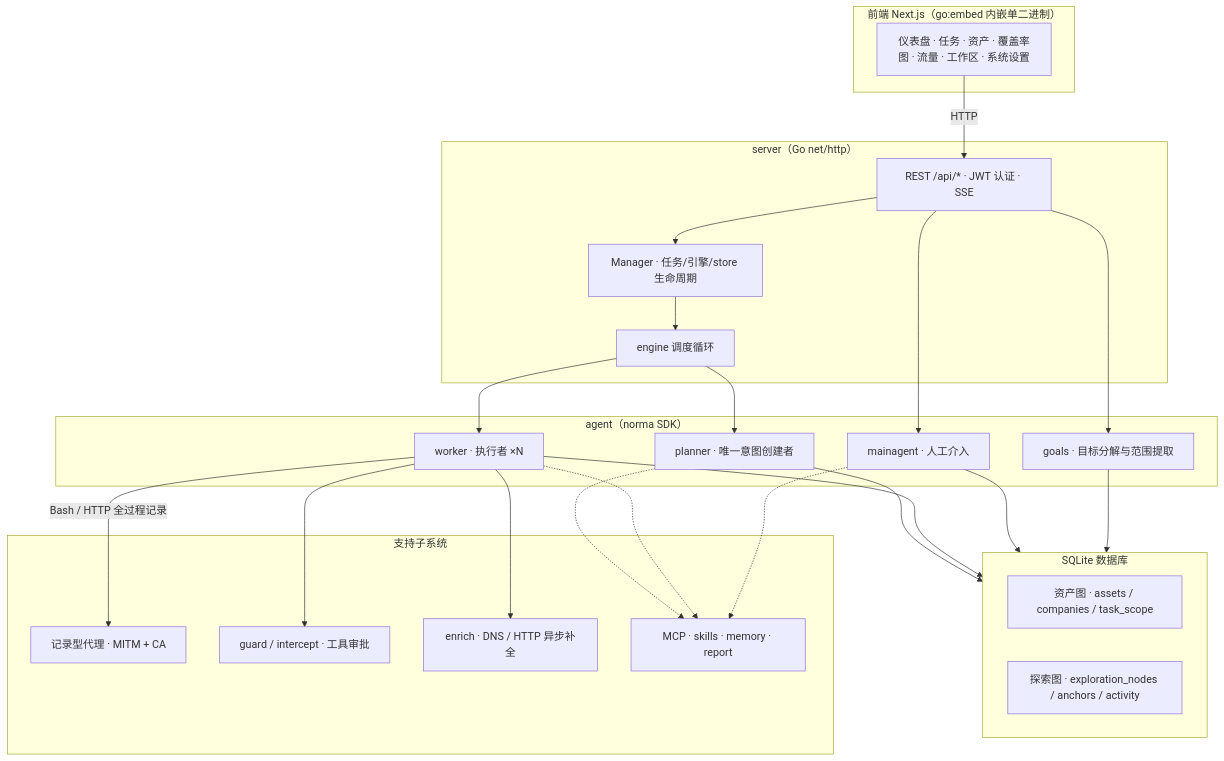
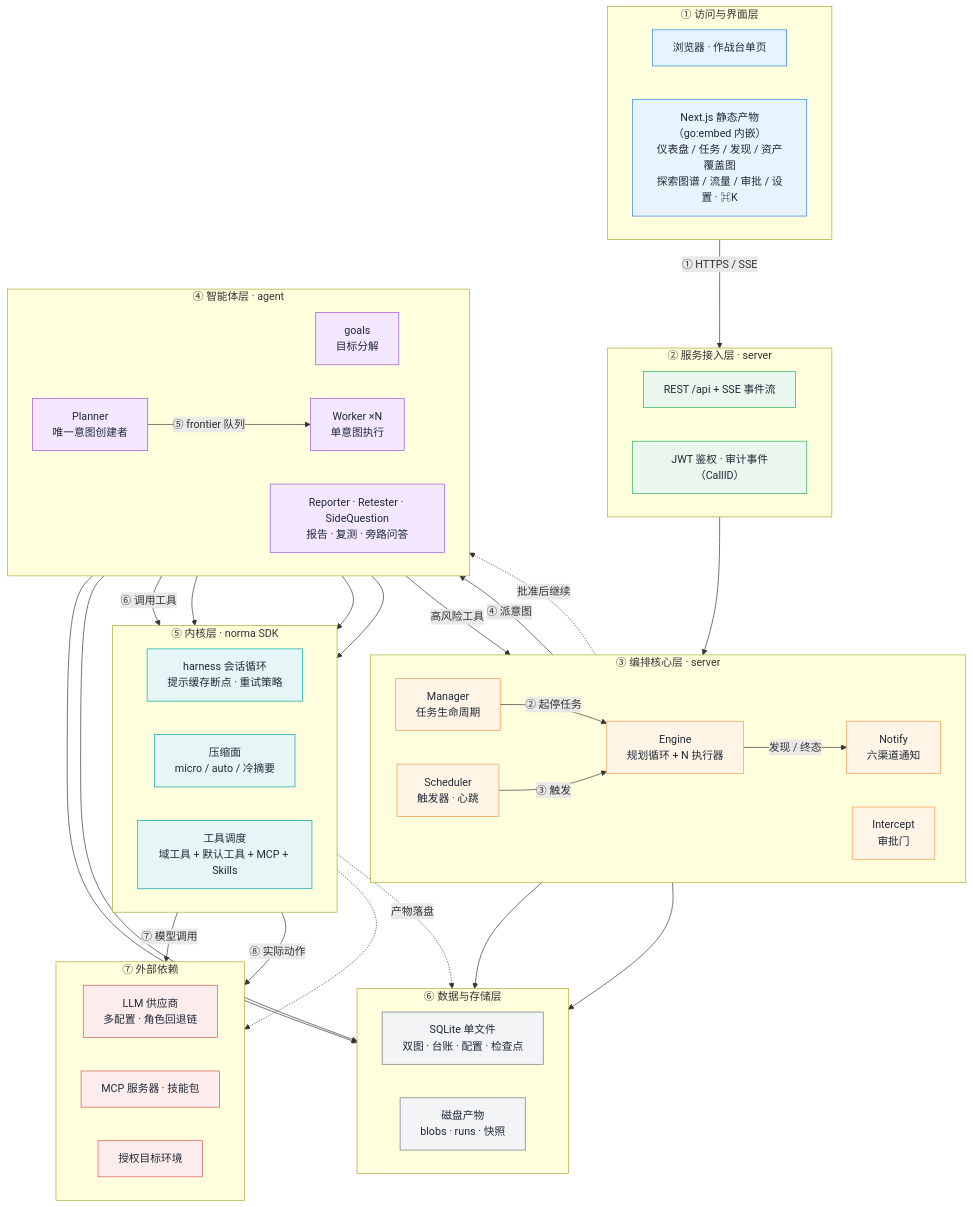
The first of 6 diagrams in README.md (j5tv9nfzhn-hue/ARTEX-HYDRA), drawn with Mermaid before and after one commit. The commit also changed other lines of this file and 3 other files, not shown here.

Commit message:
docs: 移除仓库截图预览，系统架构重写为六视图全新展示 [skip ci]

````diff
--- a/README.md
+++ b/README.md
@@ -189,43 +168,80 @@
 ```mermaid
 flowchart TB
-  subgraph FE["前端 Next.js（go:embed 内嵌单二进制）"]
-    UI["仪表盘 · 任务 · 资产 · 覆盖率图 · 流量 · 工作区 · 系统设置"]
+  subgraph L1["① 访问与界面层"]
+    direction LR
+    BR["浏览器 · 作战台单页"]
+    FED["Next.js 静态产物（go:embed 内嵌）<br/>仪表盘 / 任务 / 发现 / 资产覆盖图<br/>探索图谱 / 流量 / 审批 / 设置 · ⌘K"]
   end
-  subgraph SRV["server（Go net/http）"]
-    API["REST /api/* · JWT 认证 · SSE"]
-    ENG["engine 调度循环"]
-    MGR["Manager · 任务/引擎/store 生命周期"]
+  subgraph L2["② 服务接入层 · server"]
+    direction LR
+    API["REST /api + SSE 事件流"]
+    AUTH["JWT 鉴权 · 审计事件（CallID）"]
   end
-  subgraph AG["agent（norma SDK）"]
-    GO["goals · 目标分解与范围提取"]
-    PL["planner · 唯一意图创建者"]
-    WK["worker · 执行者 ×N"]
-    MA["mainagent · 人工介入"]
+  subgraph L3["③ 编排核心层 · server"]
+    direction LR
+    MGR["Manager<br/>任务生命周期"]
+    ENG["Engine<br/>规划循环 + N 执行器"]
+    SCH["Scheduler<br/>触发器 · 心跳"]
+    INV["Intercept<br/>审批门"]
+    NOT["Notify<br/>六渠道通知"]
   end
-  subgraph DB["SQLite 数据库"]
-    AGRAPH["资产图 · assets / companies / task_scope"]
-    EGRAPH["探索图 · exploration_nodes / anchors / activity"]
+  subgraph L4["④ 智能体层 · agent"]
+    direction LR
+    GOALS["goals<br/>目标分解"]
+    PLAN["Planner<br/>唯一意图创建者"]
+    WORK["Worker ×N<br/>单意图执行"]
+    OTHER["Reporter · Retester · SideQuestion<br/>报告 · 复测 · 旁路问答"]
   end
-  subgraph SUB["支持子系统"]
-    PROXY["记录型代理 · MITM + CA"]
-    GUARD["guard / intercept · 工具审批"]
-    ENR["enrich · DNS / HTTP 异步补全"]
-    EXT["MCP · skills · memory · report"]
+  subgraph L5["⑤ 内核层 · norma SDK"]
+    direction LR
+    HK["harness 会话循环<br/>提示缓存断点 · 重试策略"]
+    CP["压缩面<br/>micro / auto / 冷摘要"]
+    TL["工具调度<br/>域工具 + 默认工具 + MCP + Skills"]
   end
-  UI -->|HTTP| API
-  API --> MGR --> ENG
-  ENG --> PL
-  ENG --> WK
-  API --> MA
-  API --> GO
-  PL --> DB
-  WK --> DB
-  MA --> DB
-  GO --> DB
-  WK -->|"Bash / HTTP 全过程记录"| PROXY
-  WK --> GUARD
-  WK --> ENR
-  PL -.-> EXT
-  WK -.-> EXT
-  MA -.-> EXT
+  subgraph L6["⑥ 数据与存储层"]
+    direction LR
+    SQL["SQLite 单文件<br/>双图 · 台账 · 配置 · 检查点"]
+    DISK["磁盘产物<br/>blobs · runs · 快照"]
+  end
+  subgraph L7["⑦ 外部依赖"]
+    direction LR
+    LLM["LLM 供应商<br/>多配置 · 角色回退链"]
+    MCPE["MCP 服务器 · 技能包"]
+    TGT["授权目标环境"]
+  end
+  BR -->|"① HTTPS / SSE"| API
+  API --> MGR
+  MGR -->|"② 起停任务"| ENG
+  SCH -->|"③ 触发"| ENG
+  ENG -->|"④ 派意图"| PLAN
+  PLAN -->|"⑤ frontier 队列"| WORK
+  WORK -->|"⑥ 调用工具"| TL
+  WORK -->|"高风险工具"| INV
+  INV -.->|"批准后继续"| WORK
+  PLAN --> HK
+  WORK --> HK
+  OTHER --> HK
+  HK -->|"⑦ 模型调用"| LLM
+  TL -->|"⑧ 实际动作"| TGT
+  TL -.-> MCPE
+  PLAN --> SQL
+  WORK --> SQL
+  ENG --> SQL
+  NOT --> SQL
+  ENG -->|"发现 / 终态"| NOT
+  TL -.->|"产物落盘"| DISK
+  classDef c1 fill:#E8F4FD,stroke:#2F80ED,color:#1F2937
+  classDef c2 fill:#EAF7EF,stroke:#27AE60,color:#1F2937
+  classDef c3 fill:#FFF4E5,stroke:#F2994A,color:#1F2937
+  classDef c4 fill:#F3E8FF,stroke:#9B51E0,color:#1F2937
+  classDef c5 fill:#E6F6F6,stroke:#00A3A3,color:#1F2937
+  classDef c6 fill:#F3F4F6,stroke:#6B7280,color:#1F2937
+  classDef c7 fill:#FDECEC,stroke:#D35454,color:#1F2937
+  class BR,FED c1
+  class API,AUTH c2
+  class MGR,ENG,SCH,INV,NOT c3
+  class GOALS,PLAN,WORK,OTHER c4
+  class HK,CP,TL c5
+  class SQL,DISK c6
+  class LLM,MCPE,TGT c7
 ```
````
